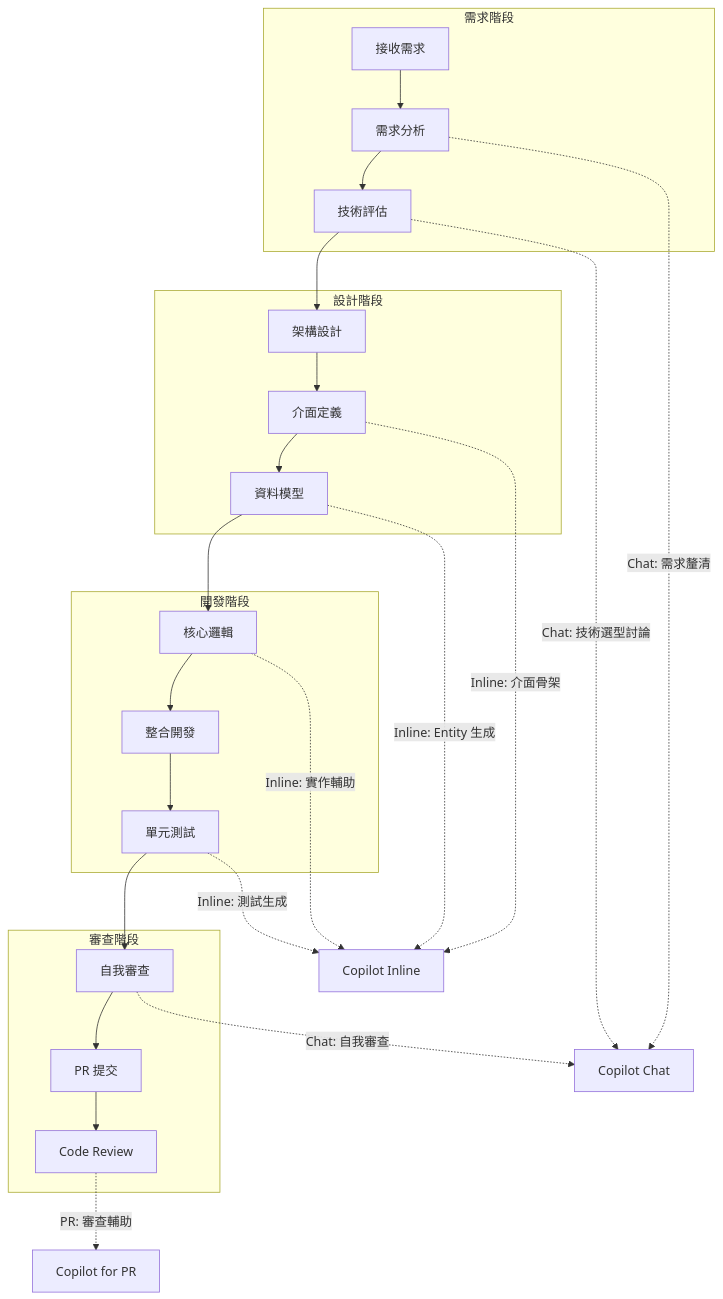
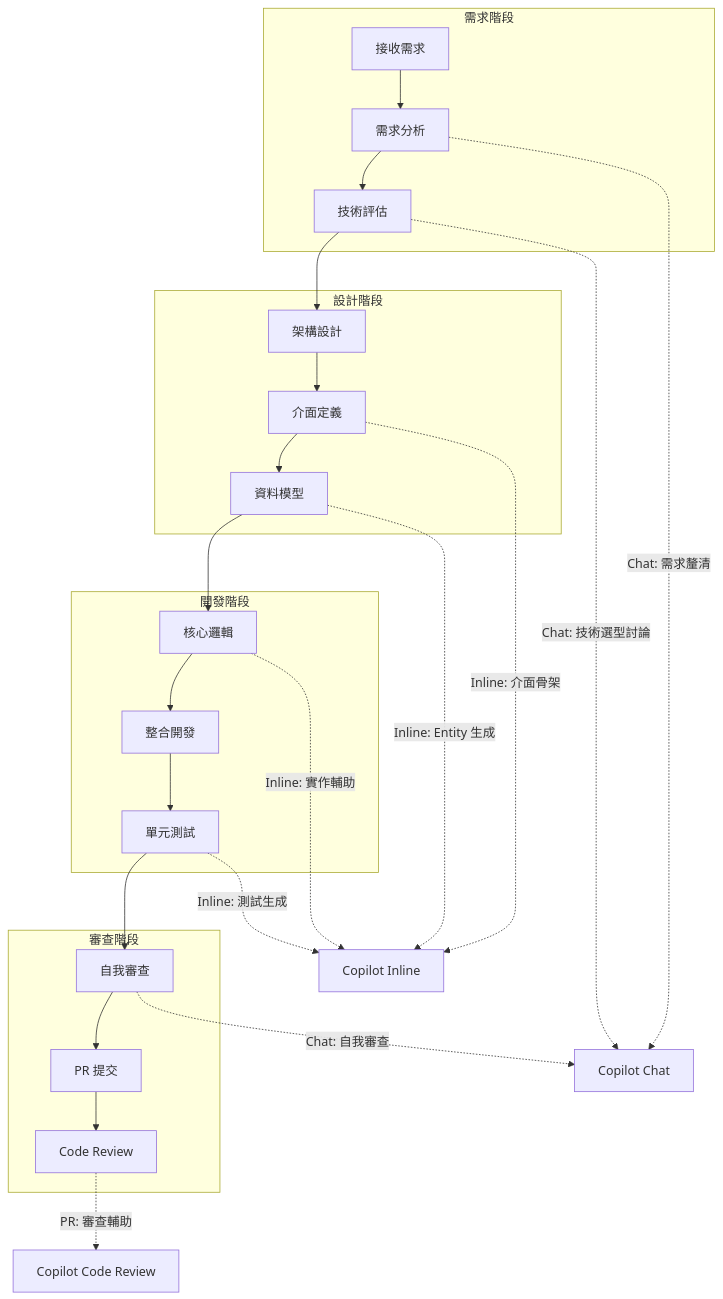
One commit to chihhung/Blog changed the fifth of 24 diagrams in content/posts/教學/AI開發/github copilot生態圈教學手冊.md. Above: the diagram before and after it, drawn with Mermaid. The commit also changed other lines of this file and 1 other file, not shown here.

Commit message:
docs: claude code and github copilot 生態系文件 update

````diff
--- a/content/posts/教學/AI開發/github copilot生態圈教學手冊.md
+++ b/content/posts/教學/AI開發/github copilot生態圈教學手冊.md
@@ -635,35 +639,35 @@
 ```mermaid
 flowchart TB
     subgraph "需求階段"
         A1[接收需求] --> A2[需求分析]
         A2 --> A3[技術評估]
     end
     
     subgraph "設計階段"
         B1[架構設計] --> B2[介面定義]
         B2 --> B3[資料模型]
     end
     
     subgraph "開發階段"
         C1[核心邏輯] --> C2[整合開發]
         C2 --> C3[單元測試]
     end
     
     subgraph "審查階段"
         D1[自我審查] --> D2[PR 提交]
         D2 --> D3[Code Review]
     end
     
     A3 --> B1
     B3 --> C1
     C3 --> D1
     
     A2 -.->|Chat: 需求釐清| E[Copilot Chat]
     A3 -.->|Chat: 技術選型討論| E
     B2 -.->|Inline: 介面骨架| F[Copilot Inline]
     B3 -.->|Inline: Entity 生成| F
     C1 -.->|Inline: 實作輔助| F
     C3 -.->|Inline: 測試生成| F
     D1 -.->|Chat: 自我審查| E
-    D3 -.->|PR: 審查輔助| G[Copilot for PR]
+    D3 -.->|PR: 審查輔助| G[Copilot Code Review]
 ```
````
